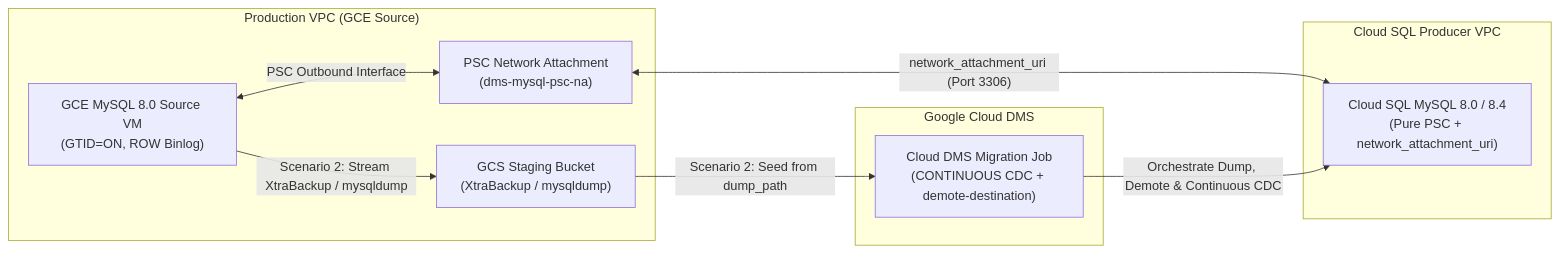
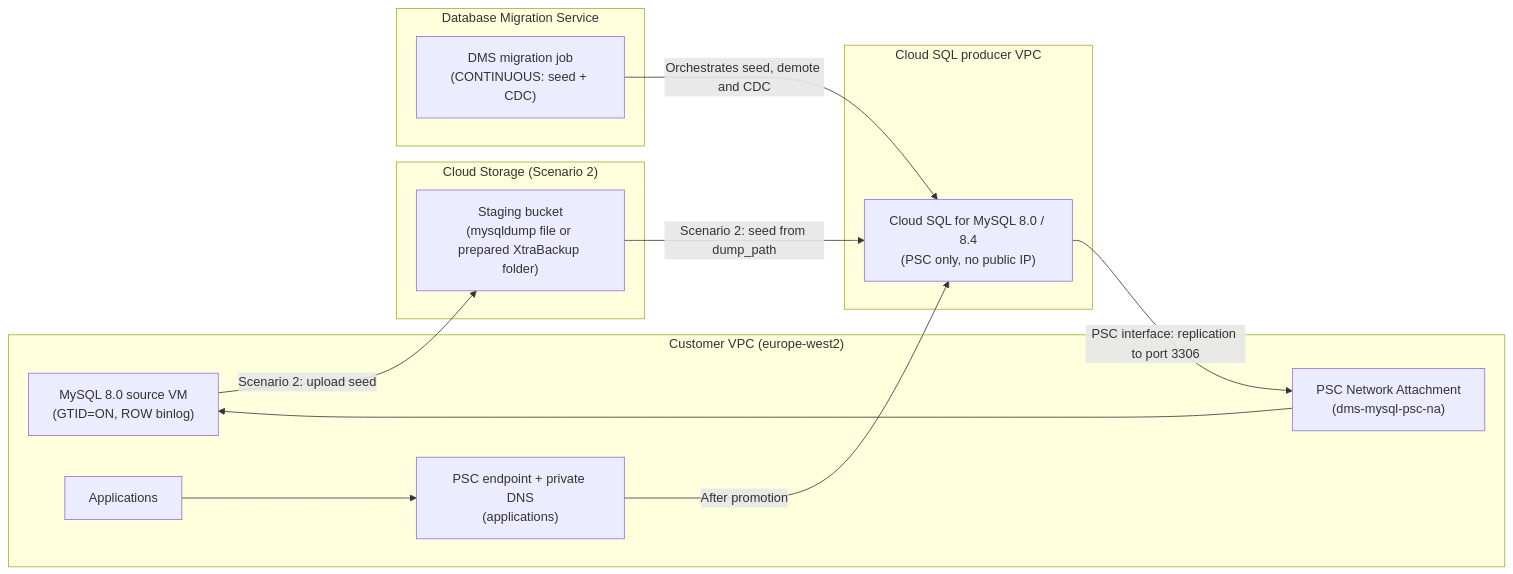
The diagram in README.md (kkmbryan/cloud-dms-templates), drawn with Mermaid before and after one commit. The commit also changed other lines of this file and 51 other files, not shown here.

First line of the commit message:
fix: Scenario 2 support matrix, XtraBackup folder seed, bucket IAM, PSC endpoint and native DMS profiles (#4)

````diff
--- a/README.md
+++ b/README.md
@@ -18,22 +21,29 @@
 ```mermaid
 flowchart LR
-  subgraph GCE_VPC["Production VPC (GCE Source)"]
-    GCE["GCE MySQL 8.0 Source VM<br/>(GTID=ON, ROW Binlog)"]
+  subgraph APP_VPC["Customer VPC (europe-west2)"]
+    GCE["MySQL 8.0 source VM<br/>(GTID=ON, ROW binlog)"]
     NA["PSC Network Attachment<br/>(dms-mysql-psc-na)"]
-    GCS["GCS Staging Bucket<br/>(XtraBackup / mysqldump)"]
+    EP["PSC endpoint + private DNS<br/>(applications)"]
+    APP["Applications"]
   end
 
-  subgraph DMS_Control["Google Cloud DMS"]
-    JOB["Cloud DMS Migration Job<br/>(CONTINUOUS CDC + demote-destination)"]
+  subgraph GCS_STAGE["Cloud Storage (Scenario 2)"]
+    GCS["Staging bucket<br/>(mysqldump file or prepared XtraBackup folder)"]
   end
 
-  subgraph CSQL_VPC["Cloud SQL Producer VPC"]
-    CSQL["Cloud SQL MySQL 8.0 / 8.4<br/>(Pure PSC + network_attachment_uri)"]
+  subgraph DMS_CONTROL["Database Migration Service"]
+    JOB["DMS migration job<br/>(CONTINUOUS: seed + CDC)"]
   end
 
-  GCE <-->|"PSC Outbound Interface"| NA
-  GCE -->|"Scenario 2: Stream XtraBackup / mysqldump"| GCS
-  GCS -->|"Scenario 2: Seed from dump_path"| JOB
-  NA <-->|"network_attachment_uri (Port 3306)"| CSQL
-  JOB -->|"Orchestrate Dump, Demote & Continuous CDC"| CSQL
+  subgraph CSQL_PRODUCER["Cloud SQL producer VPC"]
+    CSQL["Cloud SQL for MySQL 8.0 / 8.4<br/>(PSC only, no public IP)"]
+  end
+
+  CSQL -->|"PSC interface: replication to port 3306"| NA
+  NA --> GCE
+  GCE -->|"Scenario 2: upload seed"| GCS
+  GCS -->|"Scenario 2: seed from dump_path"| CSQL
+  JOB -->|"Orchestrates seed, demote and CDC"| CSQL
+  APP --> EP
+  EP -->|"After promotion"| CSQL
 ```
````
